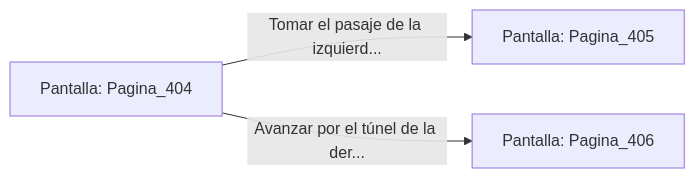
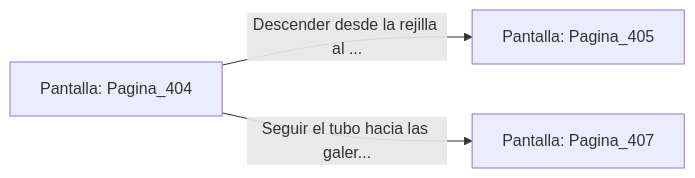
One commit to metsuke/mpl changed the diagram in sample/eligejuego-vault/Pantalla_Pagina_404.md. Above: the diagram before and after it, drawn with Mermaid. The commit also changed other lines of this file and 635 other files, not shown here.

First line of the commit message:
fix: añadir Pagina_1 como pantalla inicial en capitulo_01.mpl

````diff
--- a/sample/eligejuego-vault/Pantalla_Pagina_404.md
+++ b/sample/eligejuego-vault/Pantalla_Pagina_404.md
@@ -20,6 +22,6 @@
 ```mermaid
 graph LR
     P_Pagina_404["Pantalla: Pagina_404"]
-    P_Pagina_404 -->|"Tomar el pasaje de la izquierd..."| P_Pagina_405["Pantalla: Pagina_405"]
-    P_Pagina_404 -->|"Avanzar por el túnel de la der..."| P_Pagina_406["Pantalla: Pagina_406"]
+    P_Pagina_404 -->|"Descender desde la rejilla al ..."| P_Pagina_405["Pantalla: Pagina_405"]
+    P_Pagina_404 -->|"Seguir el tubo hacia las galer..."| P_Pagina_407["Pantalla: Pagina_407"]
 ```
````
